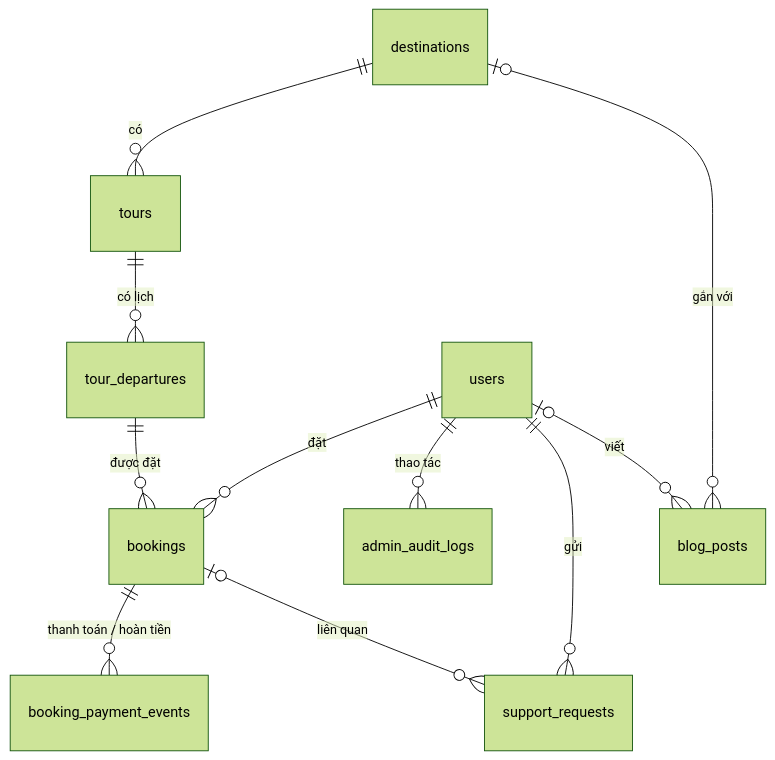
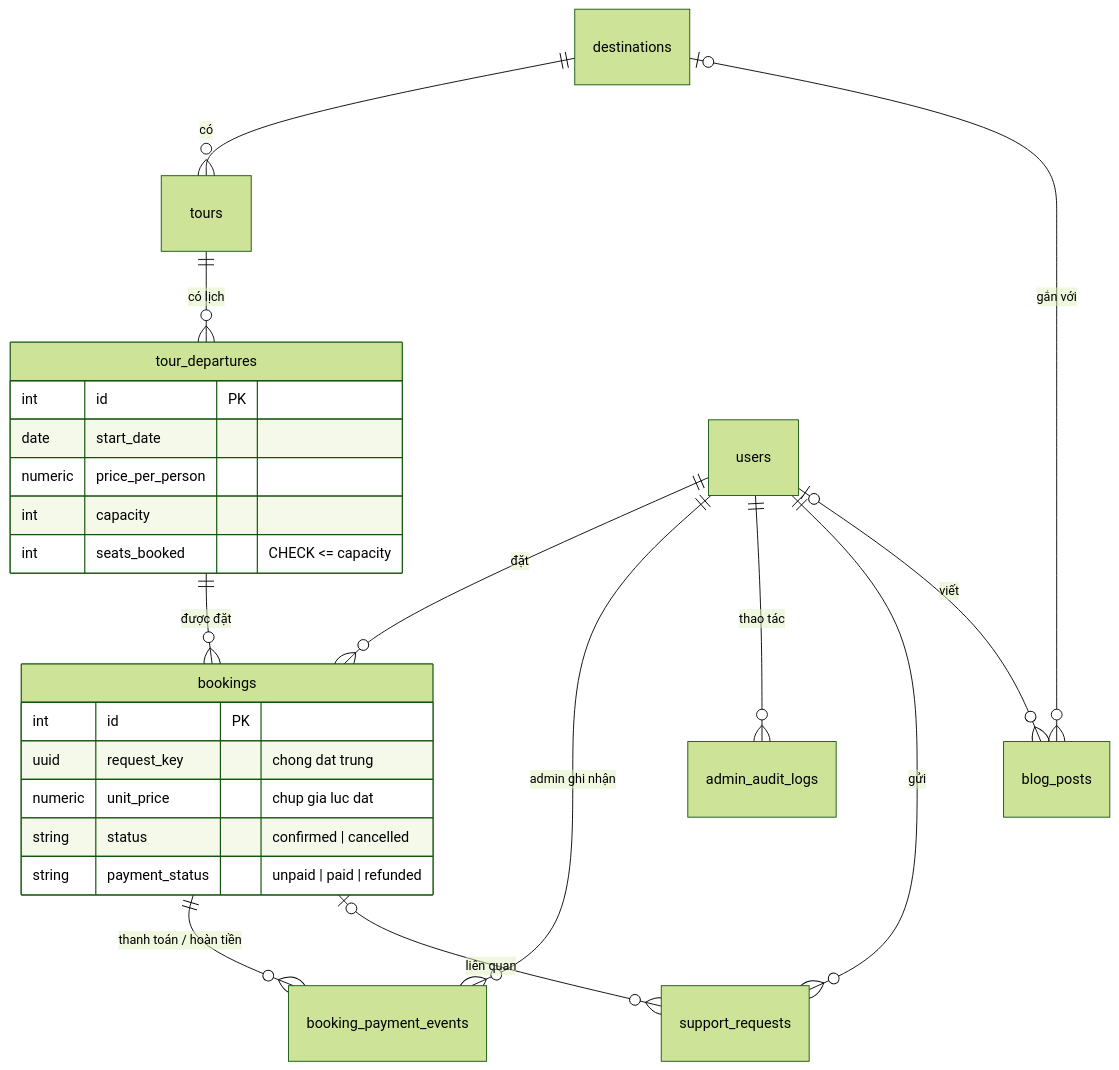
Before and after one commit to khoan2202/travel_AI_booking: the third of 3 diagrams in README.md, drawn with Mermaid (forest theme). The commit also changed other lines of this file, not shown here.

````diff
--- a/README.md
+++ b/README.md
@@ -59,13 +139,28 @@
 ```mermaid
 erDiagram
     destinations ||--o{ tours : "có"
     tours ||--o{ tour_departures : "có lịch"
     users ||--o{ bookings : "đặt"
     tour_departures ||--o{ bookings : "được đặt"
     bookings ||--o{ booking_payment_events : "thanh toán / hoàn tiền"
+    users ||--o{ booking_payment_events : "admin ghi nhận"
     users ||--o{ admin_audit_logs : "thao tác"
     users ||--o{ support_requests : "gửi"
     bookings |o--o{ support_requests : "liên quan"
     destinations |o--o{ blog_posts : "gắn với"
     users |o--o{ blog_posts : "viết"
+    tour_departures {
+        int id PK
+        date start_date
+        numeric price_per_person
+        int capacity
+        int seats_booked "CHECK <= capacity"
+    }
+    bookings {
+        int id PK
+        uuid request_key "chong dat trung"
+        numeric unit_price "chup gia luc dat"
+        string status "confirmed | cancelled"
+        string payment_status "unpaid | paid | refunded"
+    }
 ```
````
